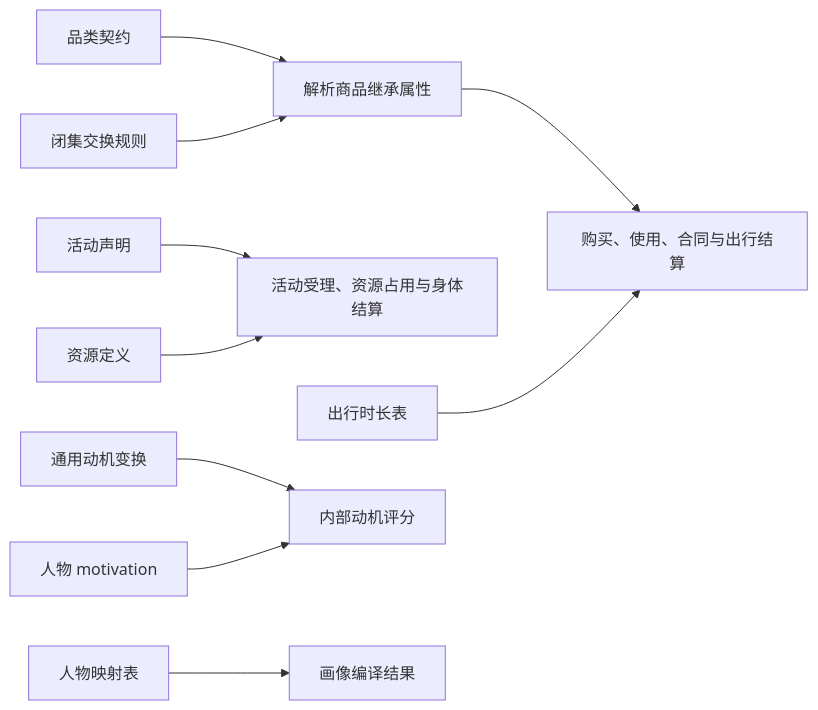
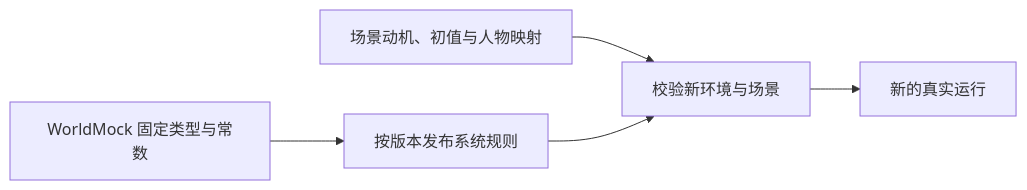
One commit to HoldThatThgt/WorldMock changed the diagram in docs/manual/rules.md. Above: the diagram before and after it, drawn with Mermaid. The commit also changed other lines of this file and 150 other files, not shown here.

````diff
--- a/docs/manual/rules.md
+++ b/docs/manual/rules.md
@@ -13,12 +14,7 @@
 ```mermaid
 flowchart LR
-    C[品类契约] --> O[解析商品继承属性]
-    X[闭集交换规则] --> O
-    O --> E[购买、使用、合同与出行结算]
-    A[活动声明] --> B[活动受理、资源占用与身体结算]
-    R[资源定义] --> B
-    T[出行时长表] --> E
-    M[通用动机变换] --> I[内部动机评分]
-    P[人物 motivation] --> I
-    Q[人物映射表] --> K[画像编译结果]
+    W[WorldMock 固定类型与常数] --> R[按版本发布系统规则]
+    S[场景动机、初值与人物映射] --> V[校验新环境与场景]
+    R --> V
+    V --> E[新的真实运行]
 ```
````
